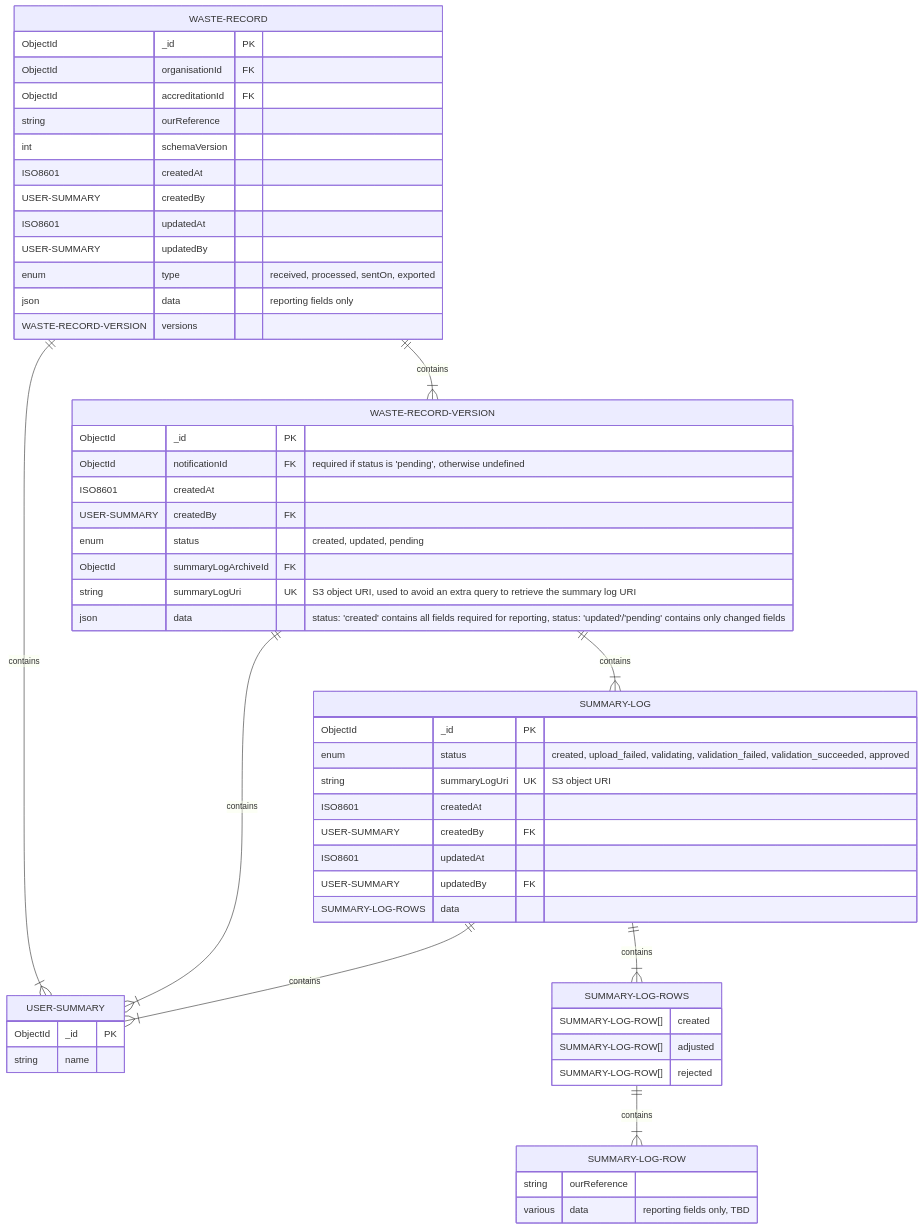
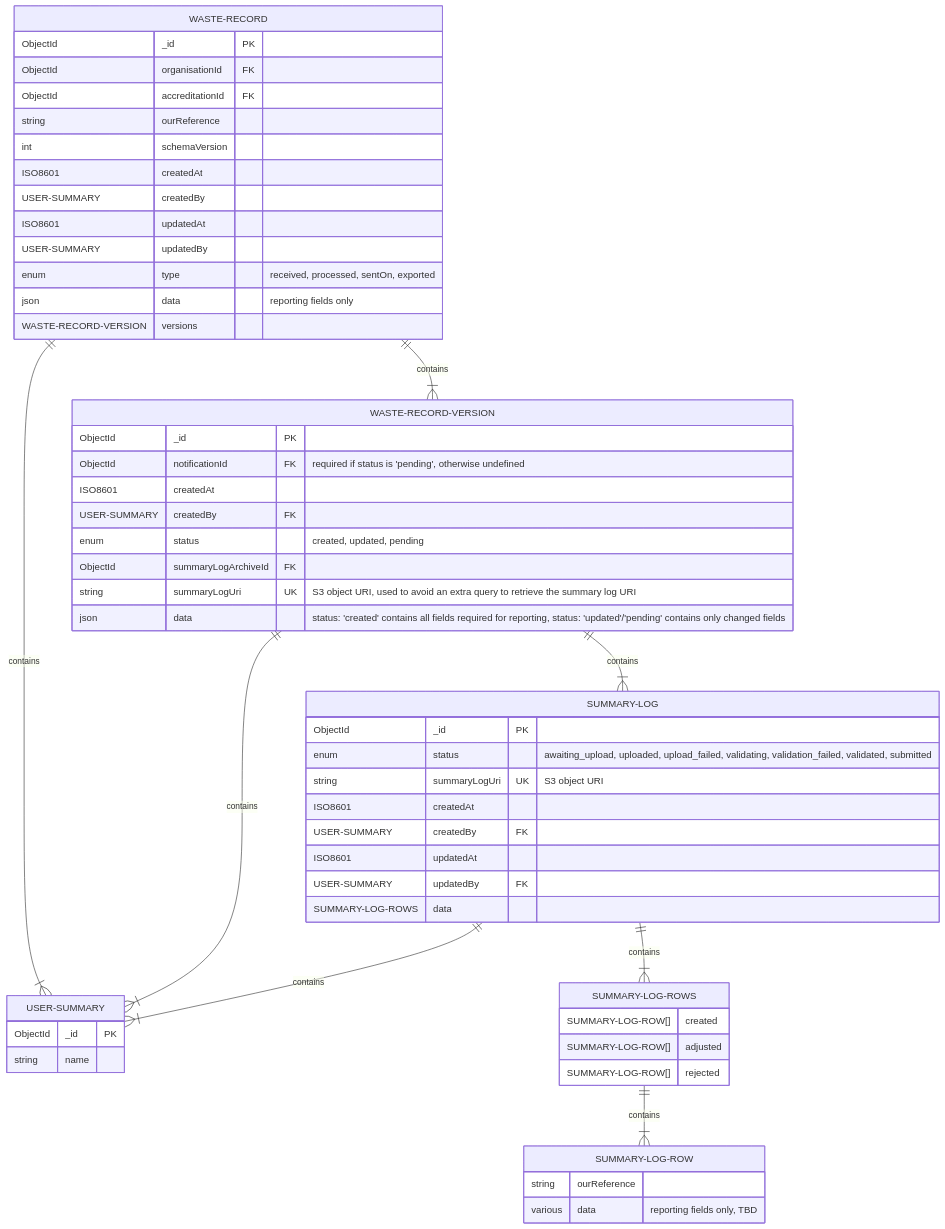
One commit to DEFRA/epr-backend changed the first of 3 diagrams in docs/architecture/discovery/pepr-lld.md. Above: the diagram before and after it, drawn with Mermaid. The commit also changed other lines of this file and 1 other file, not shown here.

First line of the commit message:
Improve summary log state naming and add state diagram

````diff
--- a/docs/architecture/discovery/pepr-lld.md
+++ b/docs/architecture/discovery/pepr-lld.md
@@ -309,63 +309,63 @@
 ```mermaid
 erDiagram
   WASTE-RECORD {
     ObjectId _id PK
     ObjectId organisationId FK
     ObjectId accreditationId FK
     string ourReference
     int schemaVersion
     ISO8601 createdAt
     USER-SUMMARY createdBy
     ISO8601 updatedAt
     USER-SUMMARY updatedBy
     enum type "received, processed, sentOn, exported"
     json data "reporting fields only"
     WASTE-RECORD-VERSION versions
   }
 
   WASTE-RECORD-VERSION {
     ObjectId _id PK
     ObjectId notificationId FK "required if status is 'pending', otherwise undefined"
     ISO8601 createdAt
     USER-SUMMARY createdBy FK
     enum status "created, updated, pending"
     ObjectId summaryLogArchiveId FK
     string summaryLogUri UK "S3 object URI, used to avoid an extra query to retrieve the summary log URI"
     json data "status: 'created' contains all fields required for reporting, status: 'updated'/'pending' contains only changed fields"
   }
 
   USER-SUMMARY {
     ObjectId _id PK
     string name
   }
 
   SUMMARY-LOG {
     ObjectId _id PK
-    enum status "created, upload_failed, validating, validation_failed, validation_succeeded, approved"
+    enum status "awaiting_upload, uploaded, upload_failed, validating, validation_failed, validated, submitted"
     string summaryLogUri UK "S3 object URI"
     ISO8601 createdAt
     USER-SUMMARY createdBy FK
     ISO8601 updatedAt
     USER-SUMMARY updatedBy FK
     SUMMARY-LOG-ROWS data
   }
 
   SUMMARY-LOG-ROWS {
     SUMMARY-LOG-ROW[] created
     SUMMARY-LOG-ROW[] adjusted
     SUMMARY-LOG-ROW[] rejected
   }
 
   SUMMARY-LOG-ROW {
     string ourReference
     various data "reporting fields only, TBD"
   }
 
   WASTE-RECORD ||--|{ WASTE-RECORD-VERSION : contains
   WASTE-RECORD ||--|{ USER-SUMMARY : contains
   WASTE-RECORD-VERSION ||--|{ USER-SUMMARY : contains
   WASTE-RECORD-VERSION ||--|{ SUMMARY-LOG : contains
   SUMMARY-LOG ||--|{ USER-SUMMARY : contains
   SUMMARY-LOG ||--|{ SUMMARY-LOG-ROWS : contains
   SUMMARY-LOG-ROWS ||--|{ SUMMARY-LOG-ROW : contains
 ```
````
